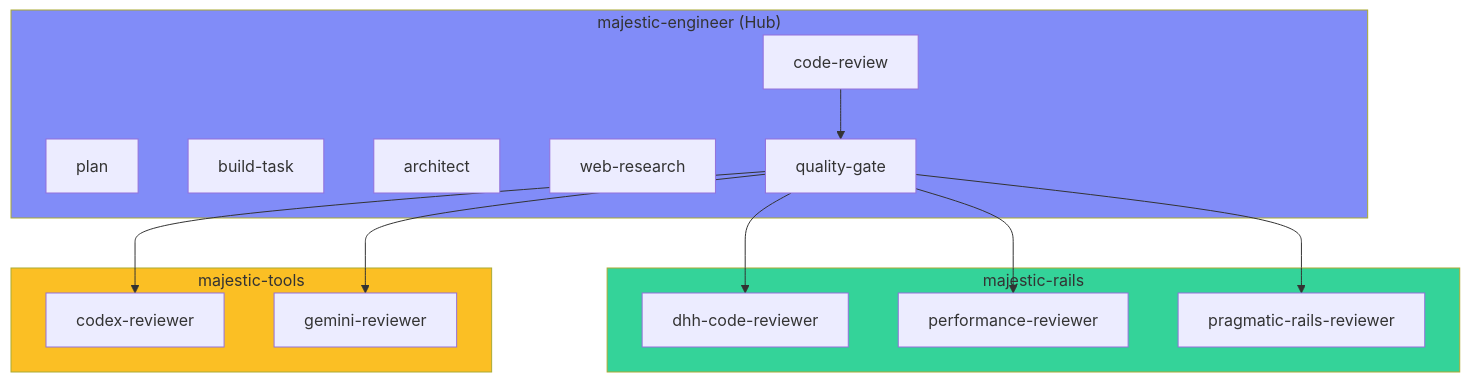
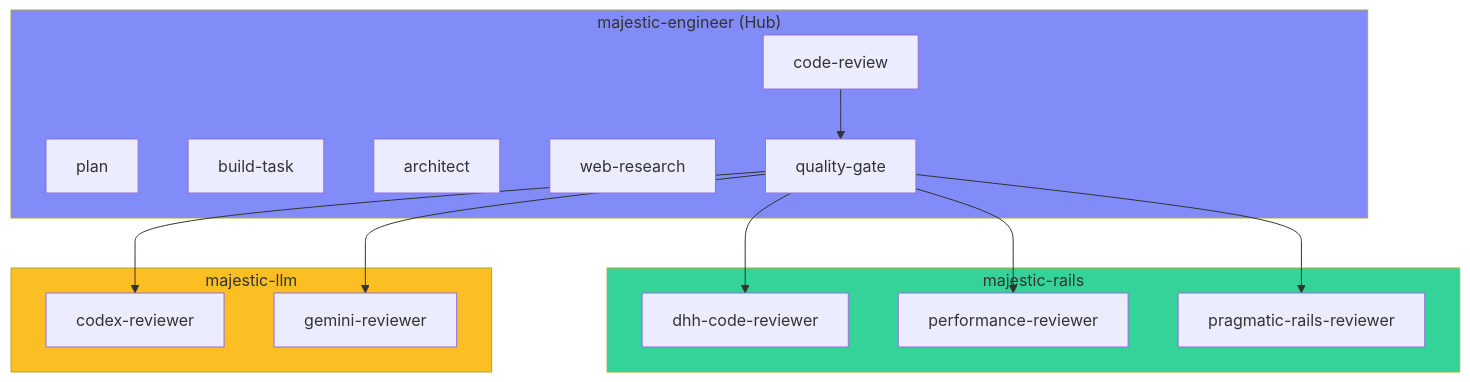
Before and after one commit to majesticlabs-dev/marketplace-tutorial: the third of 3 diagrams in slides.md, drawn with Mermaid. The commit also changed other lines of this file, not shown here.

First line of the commit message:
docs: update slides for majestic-llm extraction

````diff
--- a/slides.md
+++ b/slides.md
@@ -493,34 +493,34 @@
 ```mermaid {scale: 0.65}
 graph TB
     subgraph engineer["majestic-engineer (Hub)"]
         plan["plan"]
         build["build-task"]
         review["code-review"]
 
         arch["architect"]
         web["web-research"]
         qa["quality-gate"]
     end
 
     subgraph rails["majestic-rails"]
         dhh["dhh-code-reviewer"]
         perf["performance-reviewer"]
         prag["pragmatic-rails-reviewer"]
     end
 
-    subgraph tools["majestic-tools"]
+    subgraph llm["majestic-llm"]
         codex["codex-reviewer"]
         gemini["gemini-reviewer"]
     end
 
     review --> qa
     qa --> dhh
     qa --> perf
     qa --> prag
     qa --> codex
     qa --> gemini
 
     style engineer fill:#818cf8
     style rails fill:#34d399
-    style tools fill:#fbbf24
+    style llm fill:#fbbf24
 ```
````
